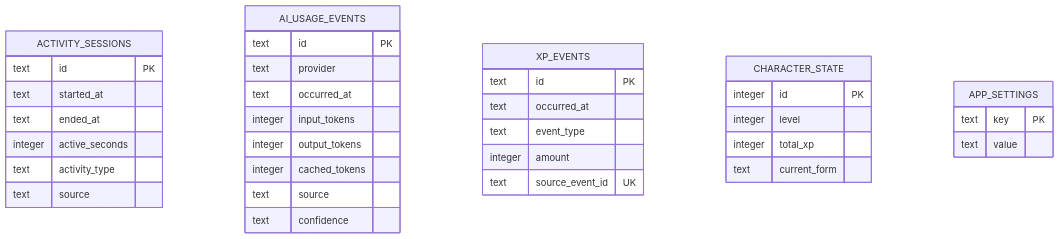
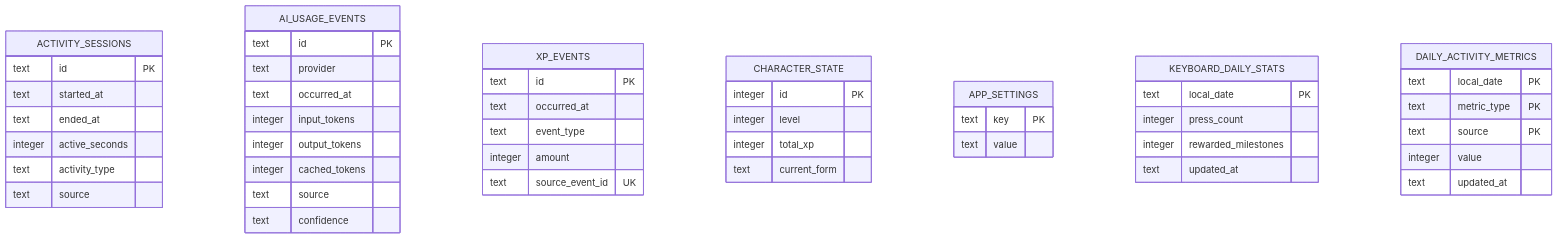
Before and after one commit to Ho-01/rundev: the diagram in docs/architecture/native-backend.md, drawn with Mermaid. The commit also changed other lines of this file and 87 other files, not shown here.

````diff
--- a/docs/architecture/native-backend.md
+++ b/docs/architecture/native-backend.md
@@ -43,38 +51,51 @@
 ```mermaid
 erDiagram
     ACTIVITY_SESSIONS {
         text id PK
         text started_at
         text ended_at
         integer active_seconds
         text activity_type
         text source
     }
     AI_USAGE_EVENTS {
         text id PK
         text provider
         text occurred_at
         integer input_tokens
         integer output_tokens
         integer cached_tokens
         text source
         text confidence
     }
     XP_EVENTS {
         text id PK
         text occurred_at
         text event_type
         integer amount
         text source_event_id UK
     }
     CHARACTER_STATE {
         integer id PK
         integer level
         integer total_xp
         text current_form
     }
     APP_SETTINGS {
         text key PK
         text value
     }
+    KEYBOARD_DAILY_STATS {
+        text local_date PK
+        integer press_count
+        integer rewarded_milestones
+        text updated_at
+    }
+    DAILY_ACTIVITY_METRICS {
+        text local_date PK
+        text metric_type PK
+        text source PK
+        integer value
+        text updated_at
+    }
 ```
````
